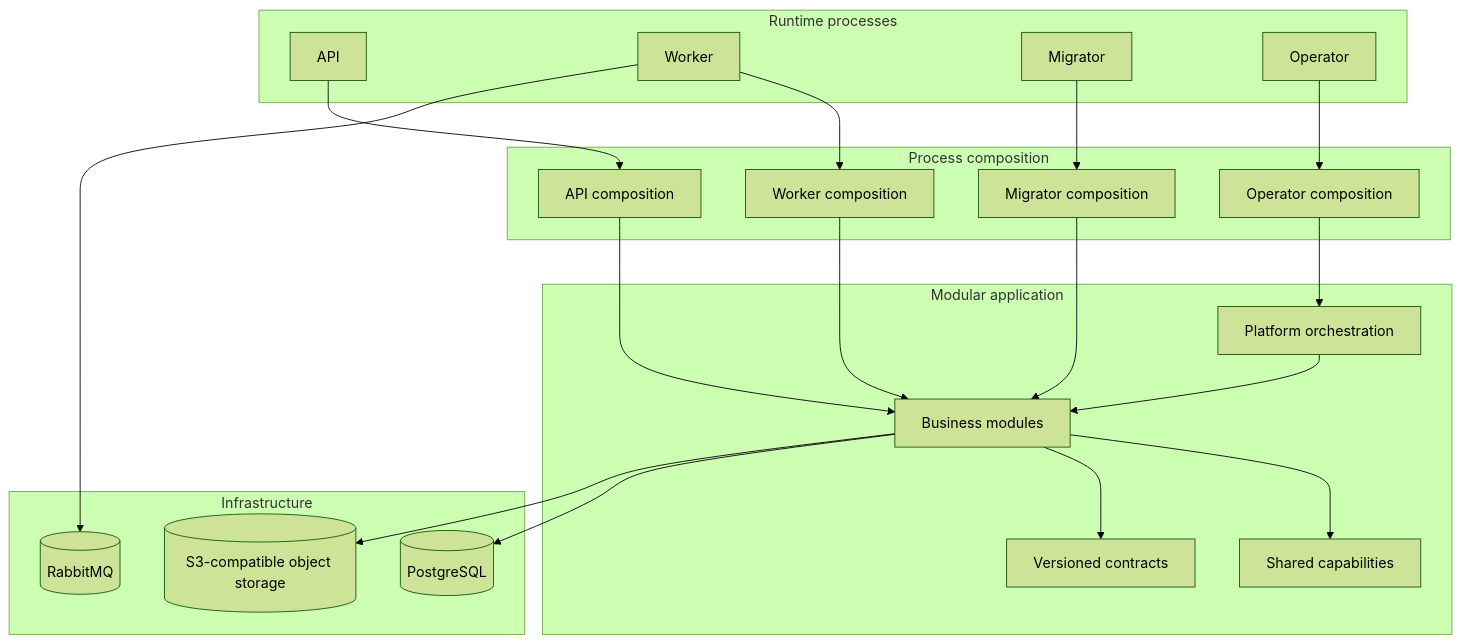
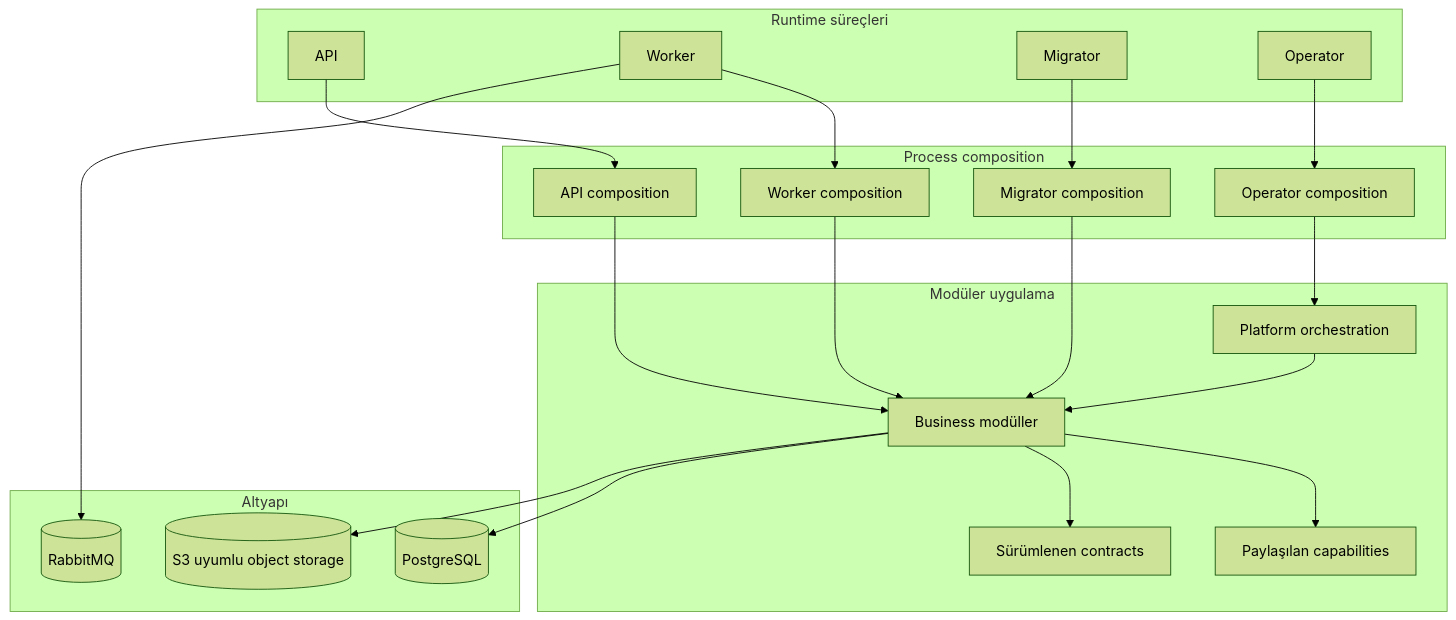
One commit to Onurlulardan/harpy changed the diagram in README.md. Above: the diagram before and after it, drawn with Mermaid (forest theme). The commit also changed other lines of this file, not shown here.

````diff
--- a/README.md
+++ b/README.md
@@ -83,40 +81,40 @@
 ```mermaid
 flowchart TB
-    subgraph processes["Runtime processes"]
+    subgraph processes["Runtime süreçleri"]
       API["API"]
       Worker["Worker"]
       Migrator["Migrator"]
       Operator["Operator"]
     end
     subgraph composition["Process composition"]
       AC["API composition"]
       WC["Worker composition"]
       MC["Migrator composition"]
       OC["Operator composition"]
     end
-    subgraph app["Modular application"]
-      Modules["Business modules"]
-      Capabilities["Shared capabilities"]
+    subgraph app["Modüler uygulama"]
+      Modules["Business modüller"]
+      Capabilities["Paylaşılan capabilities"]
       Orchestration["Platform orchestration"]
-      Contracts["Versioned contracts"]
+      Contracts["Sürümlenen contracts"]
     end
-    subgraph infrastructure["Infrastructure"]
+    subgraph infrastructure["Altyapı"]
       PG[("PostgreSQL")]
       MQ[("RabbitMQ")]
-      S3[("S3-compatible object storage")]
+      S3[("S3 uyumlu object storage")]
     end
     API --> AC
     Worker --> WC
     Migrator --> MC
     Operator --> OC
     AC --> Modules
     WC --> Modules
     MC --> Modules
     OC --> Orchestration
     Modules --> Capabilities
     Modules --> Contracts
     Orchestration --> Modules
     Modules --> PG
     Worker --> MQ
     Modules --> S3
 ```
````
